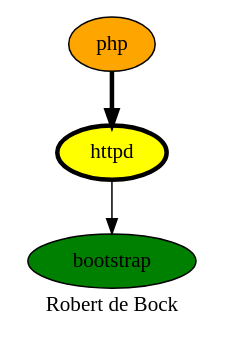
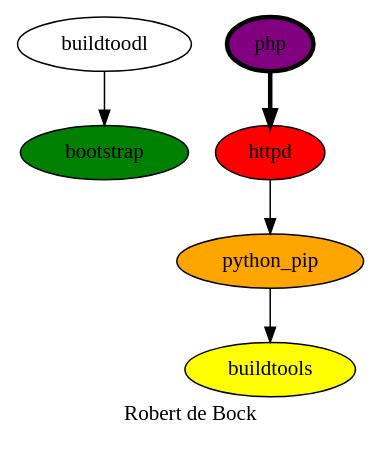
Before and after one commit to robertdebock/drawings: the diagram in php.dot, drawn with Graphviz.

```diff
--- a/php.dot
+++ b/php.dot
@@ -1,11 +1,15 @@
 digraph PhiloDilemma {
   label = "Robert de Bock" ;
   overlap=false
   {
     bootstrap [fillcolor=green style=filled]
-    httpd [fillcolor=yellow style=filled penwidth=3]
-    php [fillcolor=orange style=filled]
+    buildtools [fillcolor=yellow style=filled]
+    "python_pip" [fillcolor=orange style=filled]
+    httpd [fillcolor=red style=filled]
+    php [fillcolor=purple style=filled penwidth=3]
   }
   php -> httpd [penwidth=3]
-  httpd -> bootstrap
+  httpd -> python_pip
+  python_pip -> buildtools
+  buildtoodl -> bootstrap
 }
```
